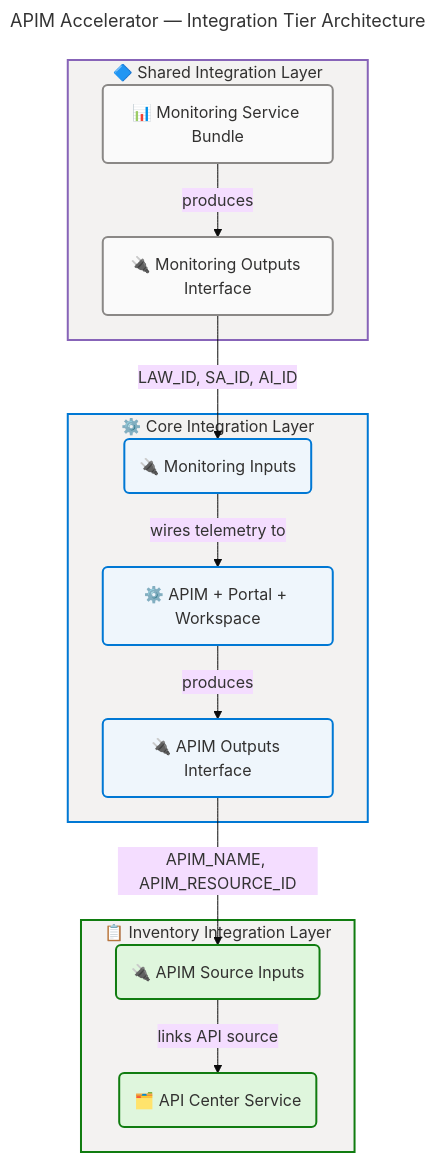
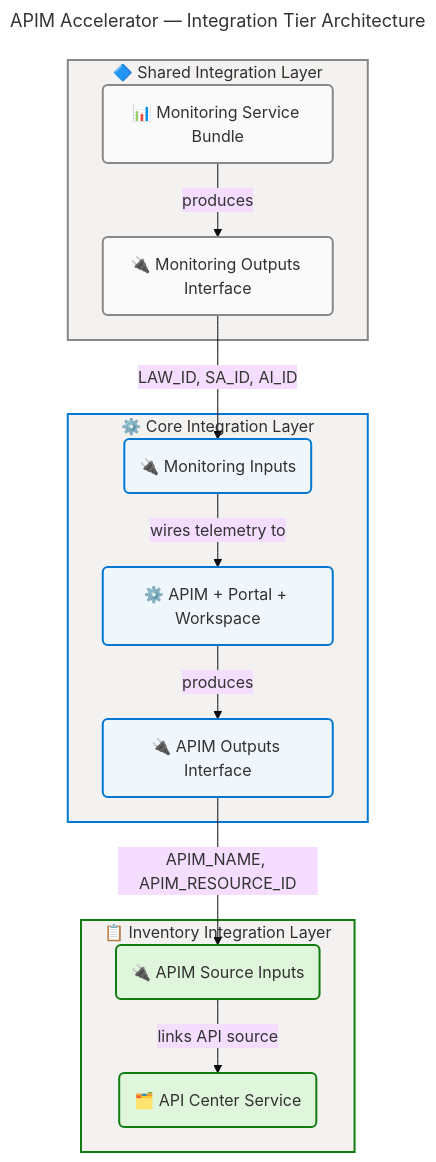
One commit to Evilazaro/APIM-Accelerator changed the third of 8 diagrams in docs/architecture/application-architecture.md. Above: the diagram before and after it, drawn with Mermaid. The commit also changed other lines of this file, not shown here.

Commit message:
style: update color codes in flowchart for consistency and improved readability

````diff
--- a/docs/architecture/application-architecture.md
+++ b/docs/architecture/application-architecture.md
@@ -244,58 +244,58 @@
 ```mermaid
 ---
 title: "APIM Accelerator — Integration Tier Architecture"
 config:
   theme: base
   look: classic
   layout: dagre
   themeVariables:
     fontSize: '16px'
   flowchart:
     htmlLabels: true
 ---
 flowchart TB
     accTitle: APIM Accelerator Integration Tier Architecture
     accDescr: Three-tier integration architecture showing Shared monitoring layer Core API Management layer and Inventory layer with their interface connections and output chaining dependencies
 
     %% ═══════════════════════════════════════════════════════════════════════════
     %% AZURE / FLUENT ARCHITECTURE PATTERN v1.1
     %% (Semantic + Structural + Font + Accessibility Governance)
     %% ═══════════════════════════════════════════════════════════════════════════
     %% PHASE 1 - FLUENT UI: All styling uses approved Fluent UI palette only
     %% PHASE 2 - GROUPS: Every subgraph has semantic color via style directive
     %% PHASE 3 - COMPONENTS: Every node has semantic classDef + icon prefix
     %% PHASE 4 - ACCESSIBILITY: accTitle/accDescr present, WCAG AA contrast
     %% PHASE 5 - STANDARD: Governance block present, classDefs centralized
     %% ═══════════════════════════════════════════════════════════════════════════
 
     subgraph SHARED_INT["🔷 Shared Integration Layer"]
         SH_SVC("📊 Monitoring Service Bundle"):::neutral
         SH_OUT("🔌 Monitoring Outputs Interface"):::neutral
     end
 
     subgraph CORE_INT["⚙️ Core Integration Layer"]
         CO_IN("🔌 Monitoring Inputs"):::core
         CO_SVC("⚙️ APIM + Portal + Workspace"):::core
         CO_OUT("🔌 APIM Outputs Interface"):::core
     end
 
     subgraph INV_INT["📋 Inventory Integration Layer"]
         INV_IN("🔌 APIM Source Inputs"):::success
         INV_SVC("🗂️ API Center Service"):::success
     end
 
     SH_SVC -->|"produces"| SH_OUT
     SH_OUT -->|"LAW_ID, SA_ID, AI_ID"| CO_IN
     CO_IN -->|"wires telemetry to"| CO_SVC
     CO_SVC -->|"produces"| CO_OUT
     CO_OUT -->|"APIM_NAME, APIM_RESOURCE_ID"| INV_IN
     INV_IN -->|"links API source"| INV_SVC
 
     classDef neutral fill:#FAFAFA,stroke:#8A8886,stroke-width:2px,color:#323130
     classDef core fill:#EFF6FC,stroke:#0078D4,stroke-width:2px,color:#323130
     classDef success fill:#DFF6DD,stroke:#107C10,stroke-width:2px,color:#323130
 
-    style SHARED_INT fill:#F3F2F1,stroke:#8764B8,stroke-width:2px,color:#323130
+    style SHARED_INT fill:#F3F2F1,stroke:#8A8886,stroke-width:2px,color:#323130
     style CORE_INT fill:#F3F2F1,stroke:#0078D4,stroke-width:2px,color:#323130
     style INV_INT fill:#F3F2F1,stroke:#107C10,stroke-width:2px,color:#323130
 ```
````
